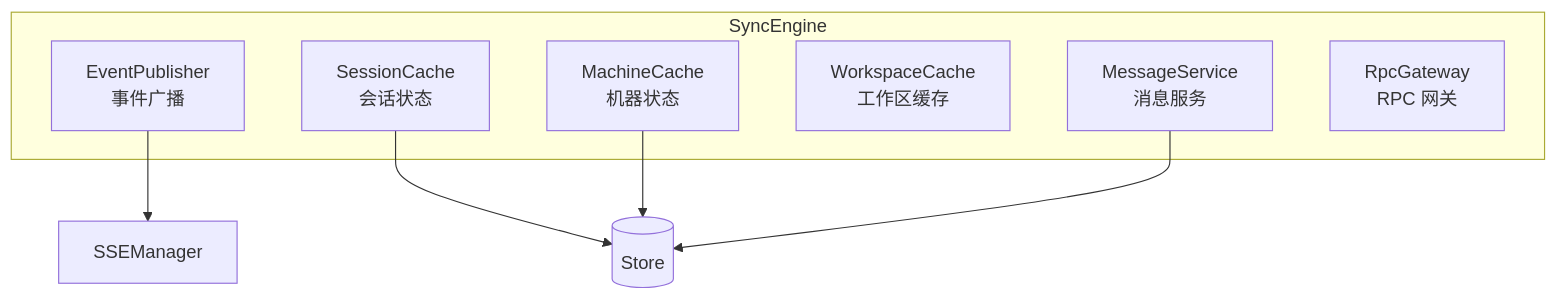
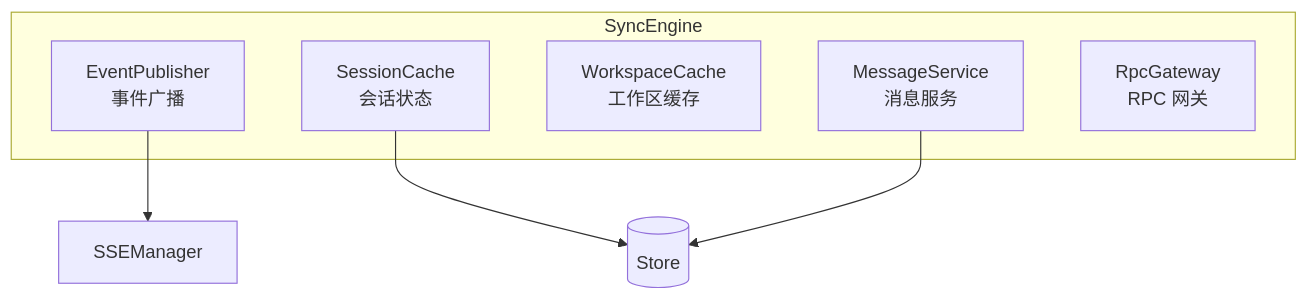
One commit to ModuBit/mobi changed the fourth of 8 diagrams in docs/architecture/daemon/sync/README.md. Above: the diagram before and after it, drawn with Mermaid. The commit also changed other lines of this file and 86 other files, not shown here.

````diff
--- a/docs/architecture/daemon/sync/README.md
+++ b/docs/architecture/daemon/sync/README.md
@@ -46,16 +46,14 @@
 ```mermaid
 graph TB
     subgraph SyncEngine
         EP[EventPublisher<br/>事件广播]
         SC[SessionCache<br/>会话状态]
-        MC[MachineCache<br/>机器状态]
         PC[WorkspaceCache<br/>工作区缓存]
         MS[MessageService<br/>消息服务]
         RG[RpcGateway<br/>RPC 网关]
     end
 
     EP --> SSE[SSEManager]
     SC --> Store[(Store)]
-    MC --> Store
     MS --> Store
 ```
````
